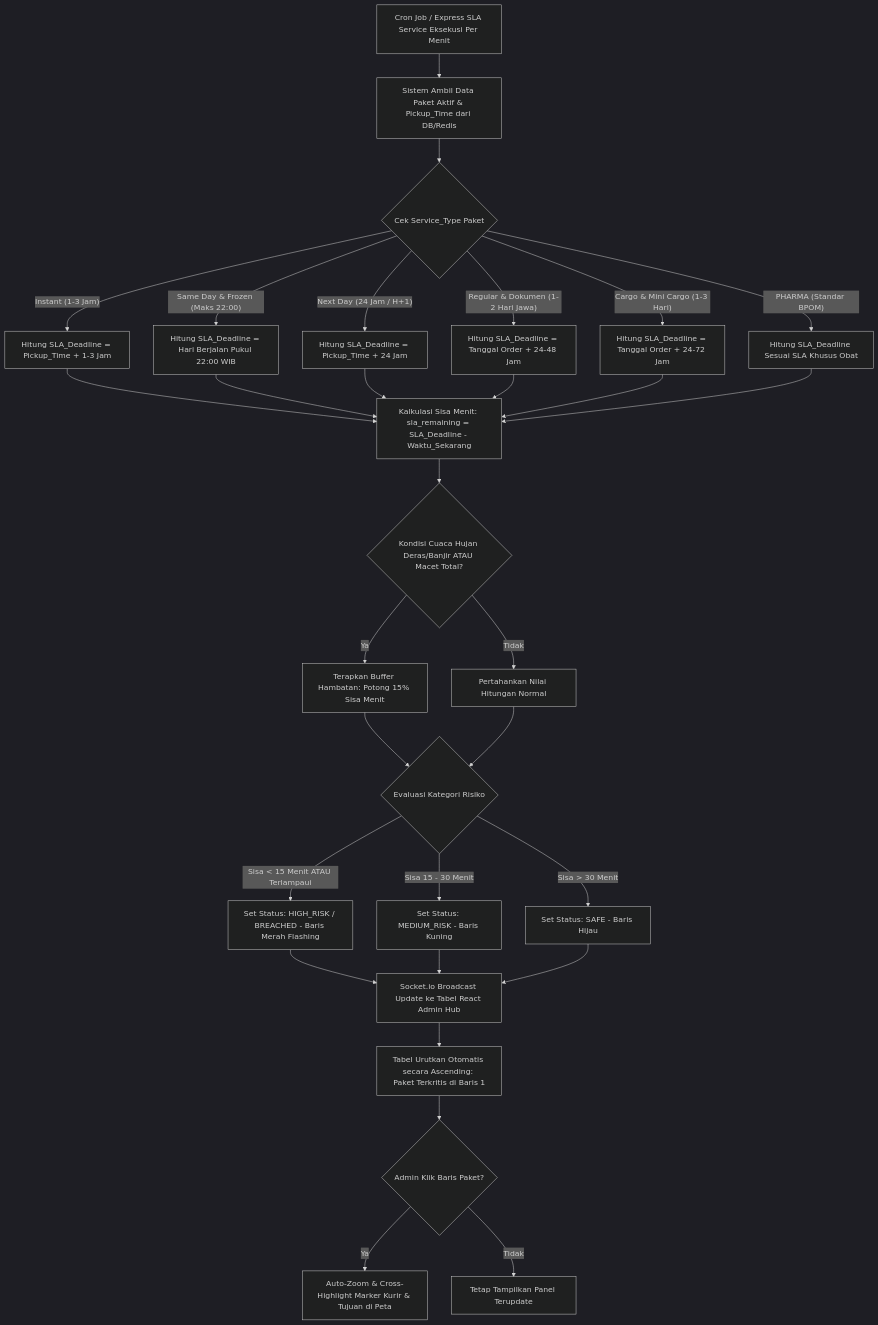
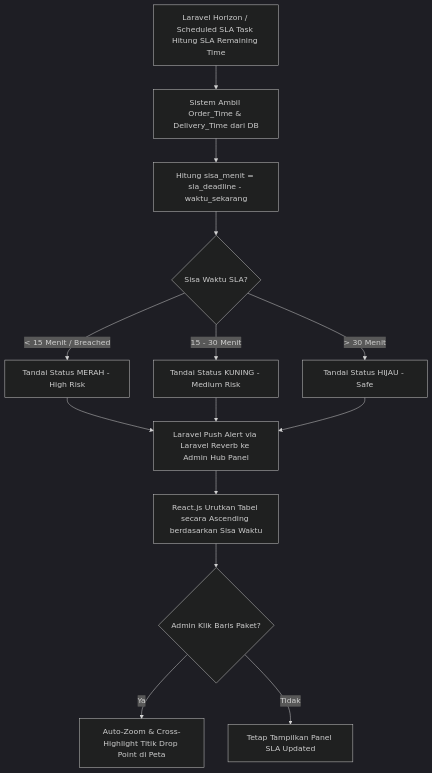
One commit to Ampasan/anteraja-capstone-naufalrakanramadhan changed the diagram in docs/frd/FRD-02-sla-risk-indicator-panel.md. Above: the diagram before and after it, drawn with Mermaid (dark theme). The commit also changed other lines of this file and 26 other files, not shown here.

````diff
--- a/docs/frd/FRD-02-sla-risk-indicator-panel.md
+++ b/docs/frd/FRD-02-sla-risk-indicator-panel.md
@@ -23,36 +21,16 @@
 ```mermaid
 graph TD
-    A[Cron Job / Express SLA Service Eksekusi Per Menit] --> B[Sistem Ambil Data Paket Aktif & Pickup_Time dari DB/Redis]
-    B --> C{Cek Service_Type Paket}
-    C -- "Instant (1-3 Jam)" --> D1[Hitung SLA_Deadline = Pickup_Time + 1-3 Jam]
-    C -- "Same Day & Frozen (Maks 22:00)" --> D2[Hitung SLA_Deadline = Hari Berjalan Pukul 22:00 WIB]
-    C -- "Next Day (24 Jam / H+1)" --> D3[Hitung SLA_Deadline = Pickup_Time + 24 Jam]
-    C -- "Regular & Dokumen (1-2 Hari Jawa)" --> D4[Hitung SLA_Deadline = Tanggal Order + 24-48 Jam]
-    C -- "Cargo & Mini Cargo (1-3 Hari)" --> D5[Hitung SLA_Deadline = Tanggal Order + 24-72 Jam]
-    C -- "PHARMA (Standar BPOM)" --> D6[Hitung SLA_Deadline Sesuai SLA Khusus Obat]
-    
-    D1 --> E[Kalkulasi Sisa Menit: sla_remaining = SLA_Deadline - Waktu_Sekarang]
-    D2 --> E
-    D3 --> E
-    D4 --> E
-    D5 --> E
-    D6 --> E
-    
-    E --> F{Kondisi Cuaca Hujan Deras/Banjir ATAU Macet Total?}
-    F -- Ya --> G[Terapkan Buffer Hambatan: Potong 15% Sisa Menit]
-    F -- Tidak --> H[Pertahankan Nilai Hitungan Normal]
-    
-    G --> I{Evaluasi Kategori Risiko}
-    H --> I
-    I -- "Sisa < 15 Menit ATAU Terlampaui" --> J[Set Status: HIGH_RISK / BREACHED - Baris Merah Flashing]
-    I -- "Sisa 15 - 30 Menit" --> K[Set Status: MEDIUM_RISK - Baris Kuning]
-    I -- "Sisa > 30 Menit" --> L[Set Status: SAFE - Baris Hijau]
-    
-    J --> M[Socket.io Broadcast Update ke Tabel React Admin Hub]
-    K --> M
-    L --> M
-    M --> N[Tabel Urutkan Otomatis secara Ascending: Paket Terkritis di Baris 1]
-    N --> O{Admin Klik Baris Paket?}
-    O -- Ya --> P[Auto-Zoom & Cross-Highlight Marker Kurir & Tujuan di Peta]
-    O -- Tidak --> Q[Tetap Tampilkan Panel Terupdate]
+    A[Laravel Horizon / Scheduled SLA Task Hitung SLA Remaining Time] --> B[Sistem Ambil Order_Time & Delivery_Time dari DB]
+    B --> C[Hitung sisa_menit = sla_deadline - waktu_sekarang]
+    C --> D{Sisa Waktu SLA?}
+    D -- "< 15 Menit / Breached" --> E[Tandai Status MERAH - High Risk]
+    D -- "15 - 30 Menit" --> F[Tandai Status KUNING - Medium Risk]
+    D -- "> 30 Menit" --> G[Tandai Status HIJAU - Safe]
+    E --> H[Laravel Push Alert via Laravel Reverb ke Admin Hub Panel]
+    F --> H
+    G --> H
+    H --> I[React.js Urutkan Tabel secara Ascending berdasarkan Sisa Waktu]
+    I --> J{Admin Klik Baris Paket?}
+    J -- Ya --> K[Auto-Zoom & Cross-Highlight Titik Drop Point di Peta]
+    J -- Tidak --> L[Tetap Tampilkan Panel SLA Updated]
 ```
````
